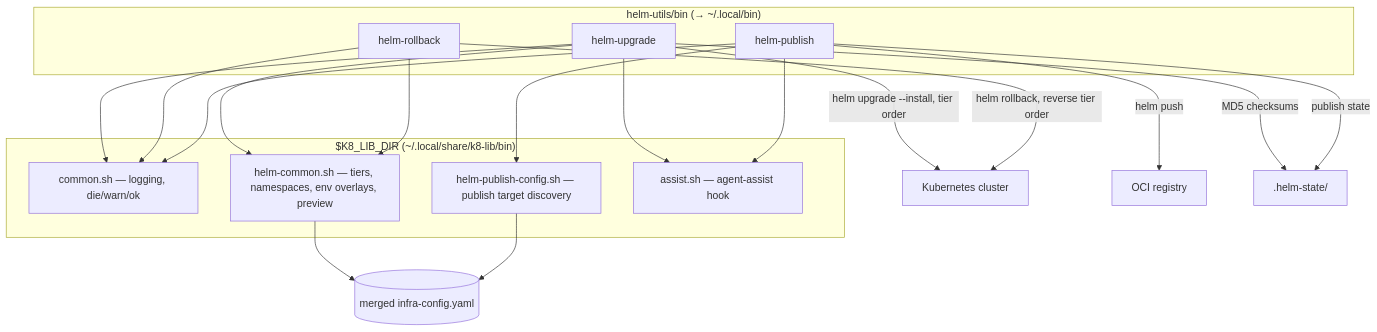
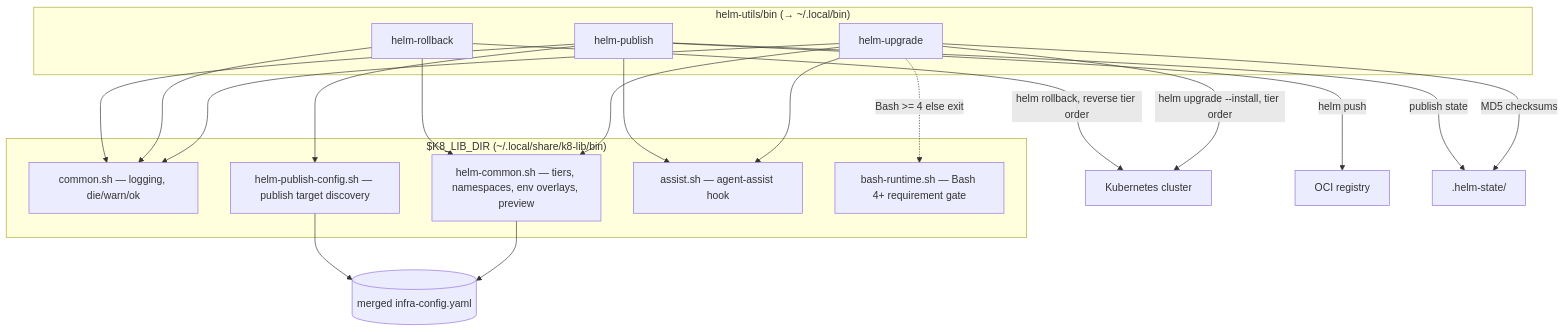
One commit to the-robot-lives/helm-tools changed the diagram in docs/PROJ-ARCH.md. Above: the diagram before and after it, drawn with Mermaid. The commit also changed other lines of this file and 5 other files, not shown here.

First line of the commit message:
docs: doc-sweep 2026-10-26 (layout/arch/schema/threat-model)

````diff
--- a/docs/PROJ-ARCH.md
+++ b/docs/PROJ-ARCH.md
@@ -11,28 +11,30 @@
 ```mermaid
 graph TB
     subgraph helm-utils ["helm-utils/bin (→ ~/.local/bin)"]
         HU[helm-upgrade]
         HR[helm-rollback]
         HP[helm-publish]
     end
 
     subgraph k8lib ["$K8_LIB_DIR (~/.local/share/k8-lib/bin)"]
         COM[common.sh — logging, die/warn/ok]
         HC[helm-common.sh — tiers, namespaces, env overlays, preview]
         HPC[helm-publish-config.sh — publish target discovery]
         AS[assist.sh — agent-assist hook]
+        BRT[bash-runtime.sh — Bash 4+ requirement gate]
     end
 
     HU --> COM & HC & AS
     HR --> COM & HC
     HP --> COM & HPC & AS
+    HU -.->|Bash >= 4 else exit| BRT
 
     HC --> CFG[(merged infra-config.yaml)]
     HPC --> CFG
 
     HU -->|helm upgrade --install, tier order| K8[Kubernetes cluster]
     HR -->|helm rollback, reverse tier order| K8
     HP -->|helm push| OCI[OCI registry]
     HU -->|MD5 checksums| STATE[.helm-state/]
     HP -->|publish state| STATE
 ```
````
